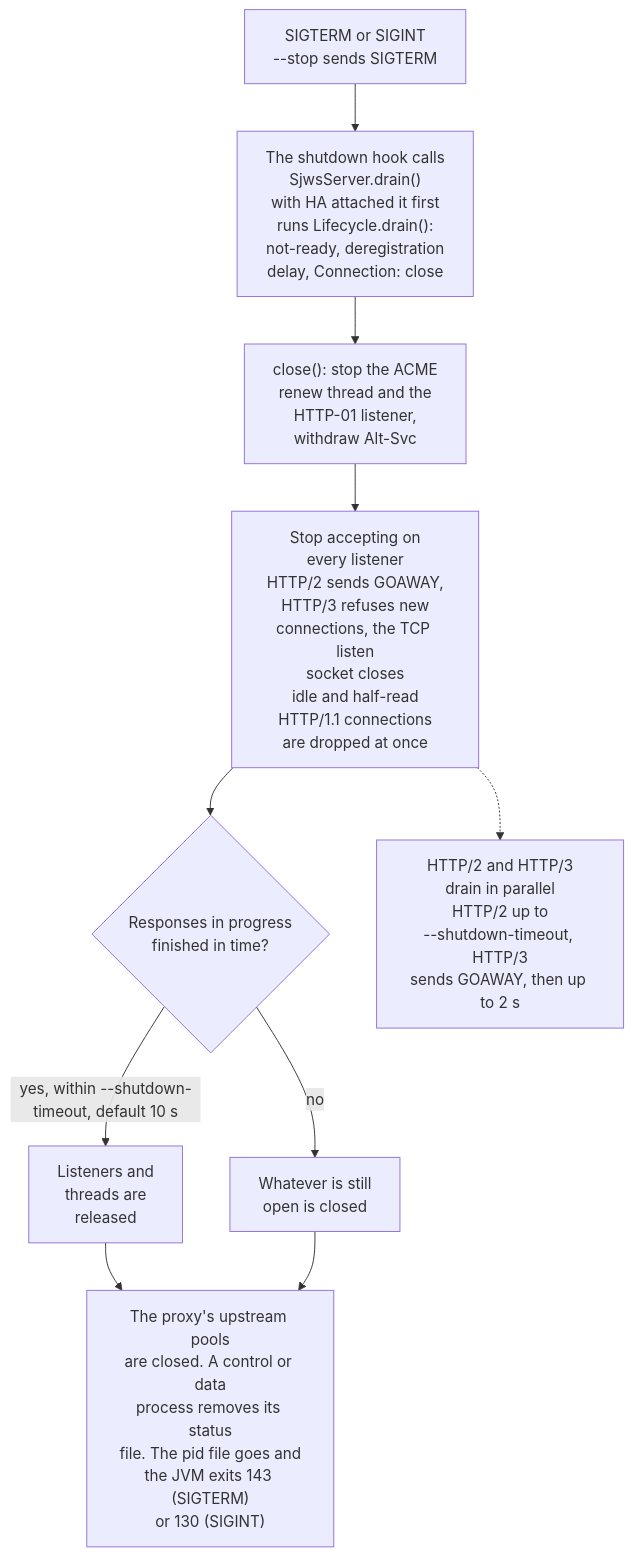
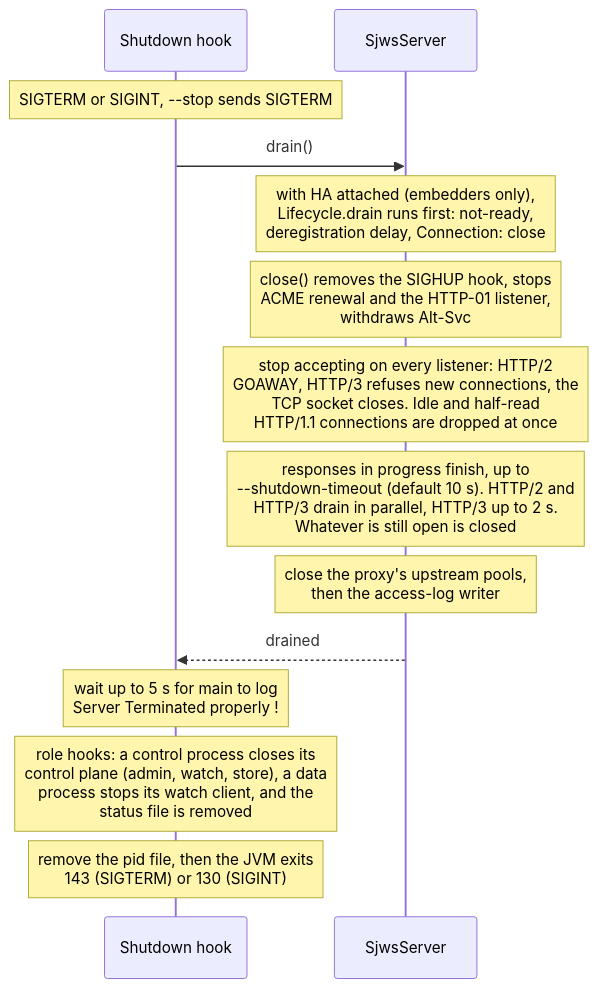
Before and after one commit to BlivionIaG/sjws_nettask: the second of 2 diagrams in docs/operations/daemon.md, drawn with Mermaid. The commit also changed other lines of this file and 4 other files, not shown here.

First line of the commit message:
docs: reload, startup, daemon and console diagrams follow the code

````diff
--- a/docs/operations/daemon.md
+++ b/docs/operations/daemon.md
@@ -61,12 +63,17 @@
 ```mermaid
-flowchart TD
-    sig["SIGTERM or SIGINT<br/>--stop sends SIGTERM"] --> h["The shutdown hook calls<br/>SjwsServer.drain()<br/>with HA attached it first<br/>runs Lifecycle.drain():<br/>not-ready, deregistration<br/>delay, Connection: close"]
-    h --> a["close(): stop the ACME<br/>renew thread and the<br/>HTTP-01 listener,<br/>withdraw Alt-Svc"]
-    a --> b["Stop accepting on<br/>every listener<br/>HTTP/2 sends GOAWAY,<br/>HTTP/3 refuses new<br/>connections, the TCP listen<br/>socket closes<br/>idle and half-read<br/>HTTP/1.1 connections<br/>are dropped at once"]
-    b --> d{"Responses in progress<br/>finished in time?"}
-    d -->|"yes, within --shutdown-timeout, default 10 s"| e["Listeners and<br/>threads are<br/>released"]
-    d -->|no| f["Whatever is still<br/>open is closed"]
-    e --> g["The proxy's upstream pools<br/>are closed. A control or data<br/>process removes its status<br/>file. The pid file goes and<br/>the JVM exits 143 (SIGTERM)<br/>or 130 (SIGINT)"]
-    f --> g
-    b -.-> par["HTTP/2 and HTTP/3<br/>drain in parallel<br/>HTTP/2 up to<br/>--shutdown-timeout, HTTP/3<br/>sends GOAWAY, then up to 2 s"]
+sequenceDiagram
+    participant H as Shutdown hook
+    participant S as SjwsServer
+
+    Note over H: SIGTERM or SIGINT, --stop sends SIGTERM
+    H->>S: drain()
+    Note over S: with HA attached (embedders only),<br/>Lifecycle.drain runs first: not-ready,<br/>deregistration delay, Connection: close
+    Note over S: close() removes the SIGHUP hook, stops<br/>ACME renewal and the HTTP-01 listener,<br/>withdraws Alt-Svc
+    Note over S: stop accepting on every listener: HTTP/2<br/>GOAWAY, HTTP/3 refuses new connections, the<br/>TCP socket closes. Idle and half-read<br/>HTTP/1.1 connections are dropped at once
+    Note over S: responses in progress finish, up to<br/>--shutdown-timeout (default 10 s). HTTP/2 and<br/>HTTP/3 drain in parallel, HTTP/3 up to 2 s.<br/>Whatever is still open is closed
+    Note over S: close the proxy's upstream pools,<br/>then the access-log writer
+    S-->>H: drained
+    Note over H: wait up to 5 s for main to log<br/>Server Terminated properly !
+    Note over H: role hooks: a control process closes its<br/>control plane (admin, watch, store), a data<br/>process stops its watch client, and the<br/>status file is removed
+    Note over H: remove the pid file, then the JVM exits<br/>143 (SIGTERM) or 130 (SIGINT)
 ```
````
